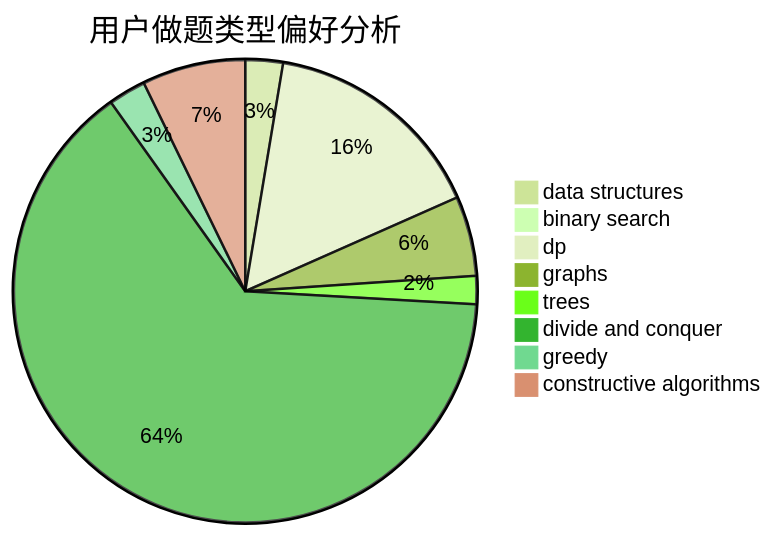
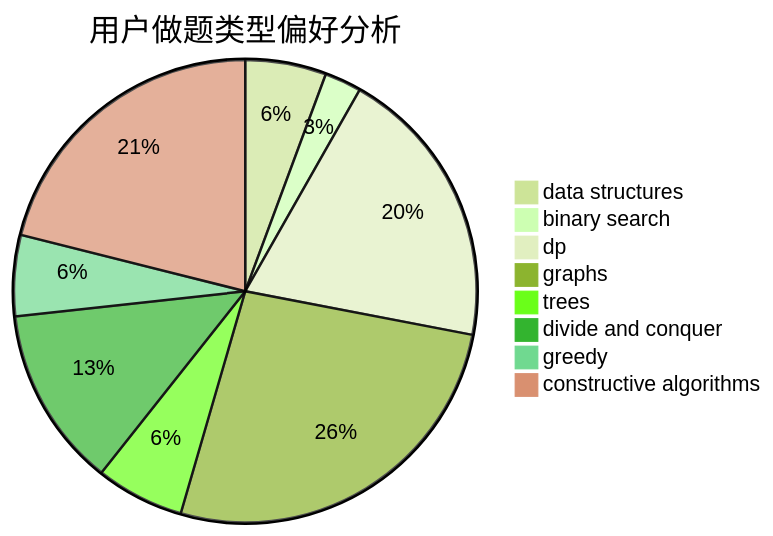
Before and after one commit to sherpahu/cfrs.github.io: the second of 3 diagrams in docs/user/u978.md, drawn with Mermaid (forest theme). The commit also changed other lines of this file and 2770 other files, not shown here.

````diff
--- a/docs/user/u978.md
+++ b/docs/user/u978.md
@@ -23,11 +23,11 @@
 ```mermaid
 pie title 用户做题类型偏好分析
-    "data structures" :  8
-    "binary search" :  3
-    "dp" :  48
-    "graphs" :  17
-    "trees" :  6
-    "divide and conquer" :  196
-    "greedy" :  8
-    "constructive algorithms" :  22
+    "data structures" :  22
+    "binary search" :  10
+    "dp" :  77
+    "graphs" :  103
+    "trees" :  24
+    "divide and conquer" :  49
+    "greedy" :  22
+    "constructive algorithms" :  82
 ```
````
